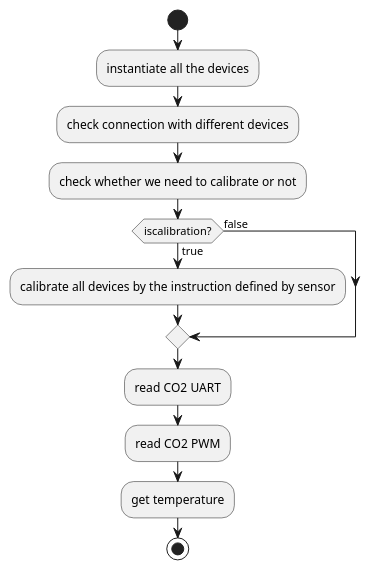
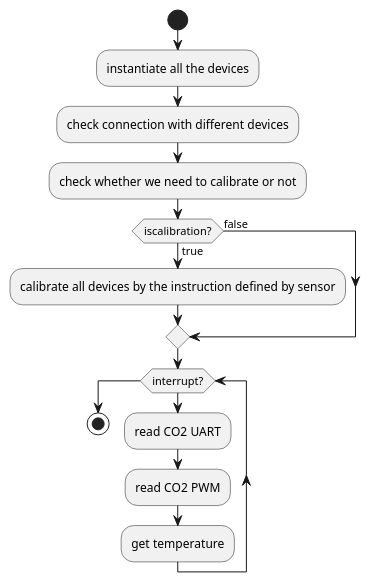
Before and after one commit to yichin-weng/environment_sensoro_system: the second of 2 diagrams in README.md, drawn with PlantUML.

Commit message:
todo: create a popup window       define the structure of this program       modify arduino code by FreeRTOS       calibrate co2 sensor with other model add: readme modified: StructQueue.ino ( implement FreeRTOS )

````diff
--- a/README.md
+++ b/README.md
@@ -74,15 +74,17 @@
 ```plantuml
 start
 :instantiate all the devices;
 :check connection with different devices;
 :check whether we need to calibrate or not;
 if (iscalibration?) then (true)
     :calibrate all devices by the instruction defined by sensor;
 else(false)
 endif
-:read CO2 UART;
-:read CO2 PWM;
-:get temperature;
+while (interrupt?)
+    :read CO2 UART;
+    :read CO2 PWM;
+    :get temperature;
+endwhile
 
 stop
 ```
````
